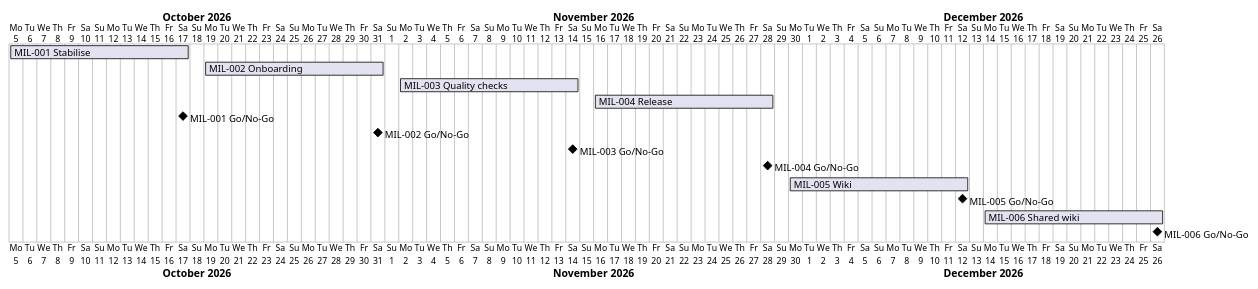
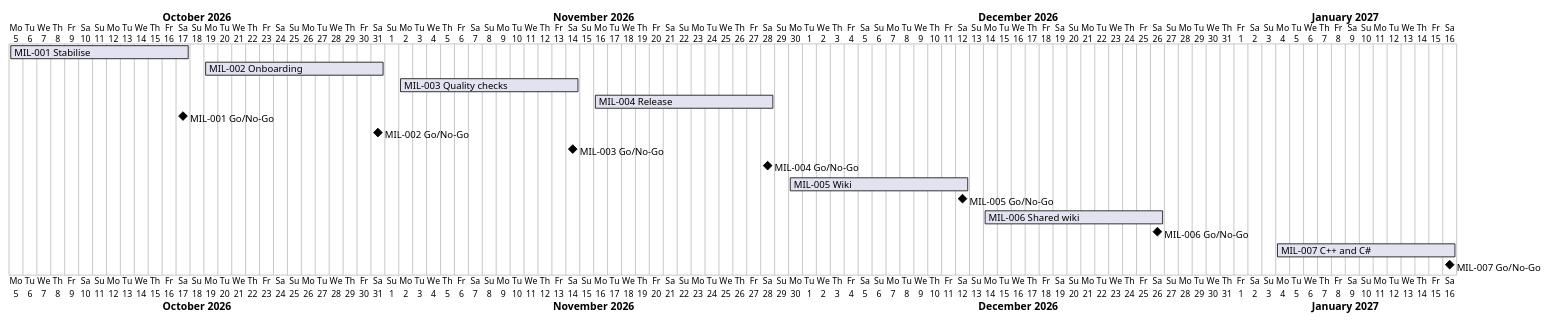
One commit to TirSystem/git-workflows changed the diagram in docs/project-plan.md. Above: the diagram before and after it, drawn with PlantUML. The commit also changed other lines of this file and 2 other files, not shown here.

Commit message:
Plan MIL-007: quality checks for C++ and C#

````diff
--- a/docs/project-plan.md
+++ b/docs/project-plan.md
@@ -40,17 +41,19 @@
 ```plantuml
 @startgantt
 Project starts 2026-10-05
 [MIL-001 Stabilise] starts 2026-10-05 and ends 2026-10-17
 [MIL-002 Onboarding] starts 2026-10-19 and ends 2026-10-31
 [MIL-003 Quality checks] starts 2026-11-02 and ends 2026-11-14
 [MIL-004 Release] starts 2026-11-16 and ends 2026-11-28
 [MIL-001 Go/No-Go] happens 2026-10-17
 [MIL-002 Go/No-Go] happens 2026-10-31
 [MIL-003 Go/No-Go] happens 2026-11-14
 [MIL-004 Go/No-Go] happens 2026-11-28
 [MIL-005 Wiki] starts 2026-11-30 and ends 2026-12-12
 [MIL-005 Go/No-Go] happens 2026-12-12
 [MIL-006 Shared wiki] starts 2026-12-14 and ends 2026-12-26
 [MIL-006 Go/No-Go] happens 2026-12-26
+[MIL-007 C++ and C#] starts 2027-01-04 and ends 2027-01-16
+[MIL-007 Go/No-Go] happens 2027-01-16
 @endgantt
 ```
````
